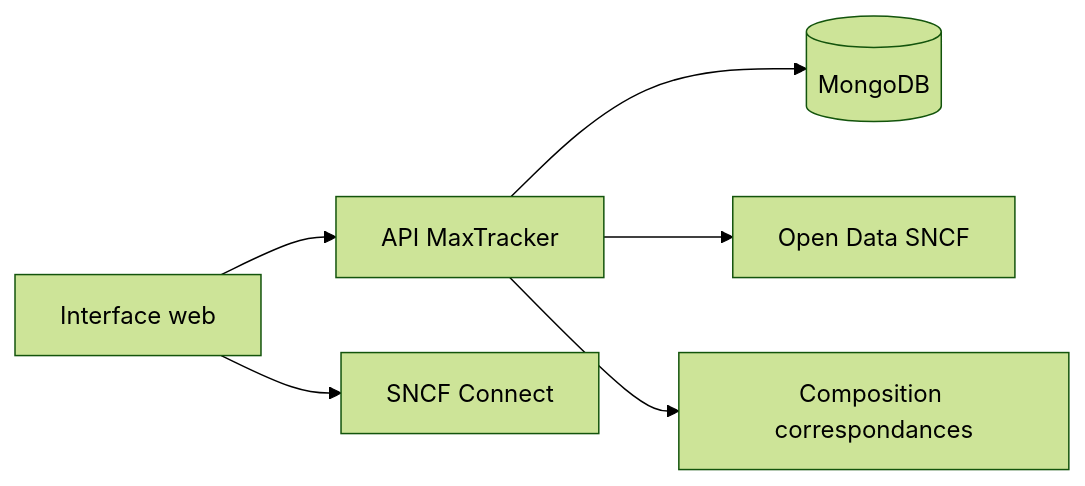
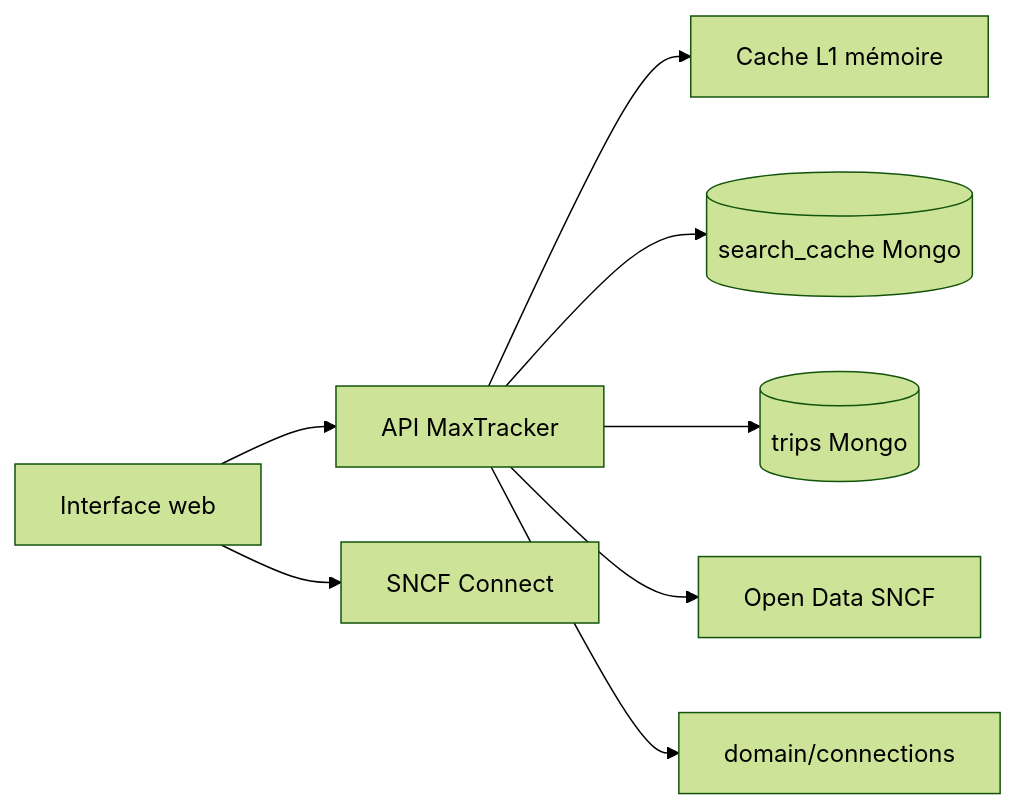
The diagram in README.md (gabrielluthun/maxtracker), drawn with Mermaid (forest theme) before and after one commit. The commit also changed other lines of this file, not shown here.

````diff
--- a/README.md
+++ b/README.md
@@ -250,8 +277,10 @@
 ```mermaid
 flowchart LR
   FE[Interface web] --> API[API MaxTracker]
-  API --> MONGO[(MongoDB)]
+  API --> L1[Cache L1 mémoire]
+  API --> L2[(search_cache Mongo)]
+  API --> TRIPS[(trips Mongo)]
   API --> SNCF[Open Data SNCF]
-  API --> COMPOSE[Composition correspondances]
+  API --> COMPOSE[domain/connections]
   FE --> SC[SNCF Connect]
 ```
````
